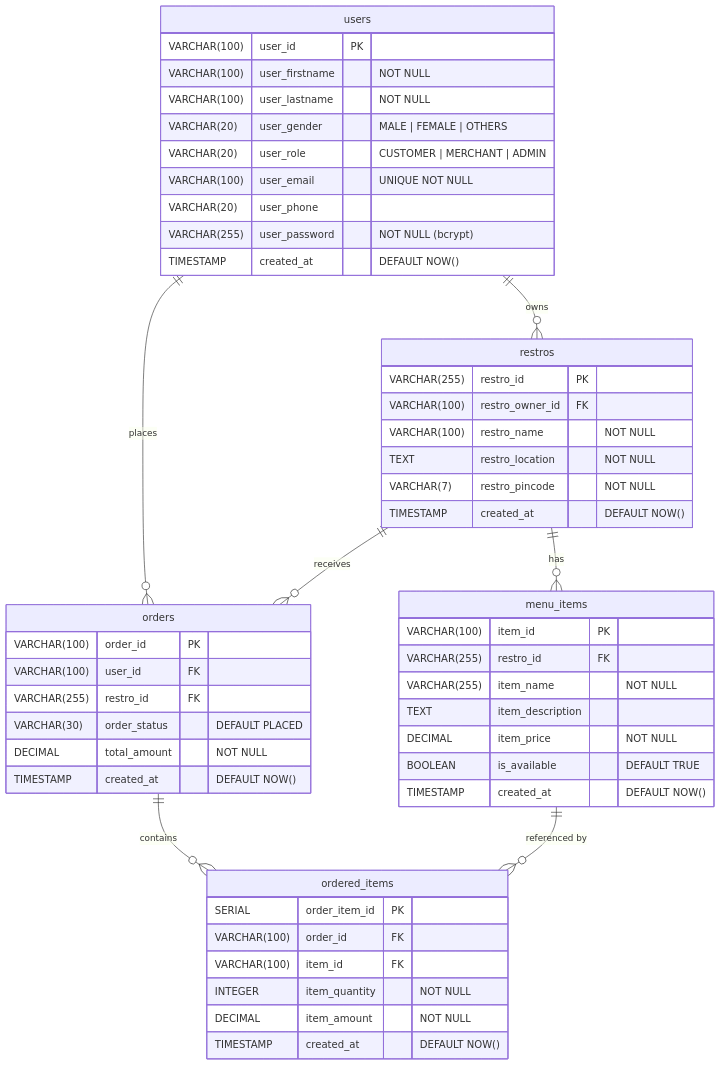
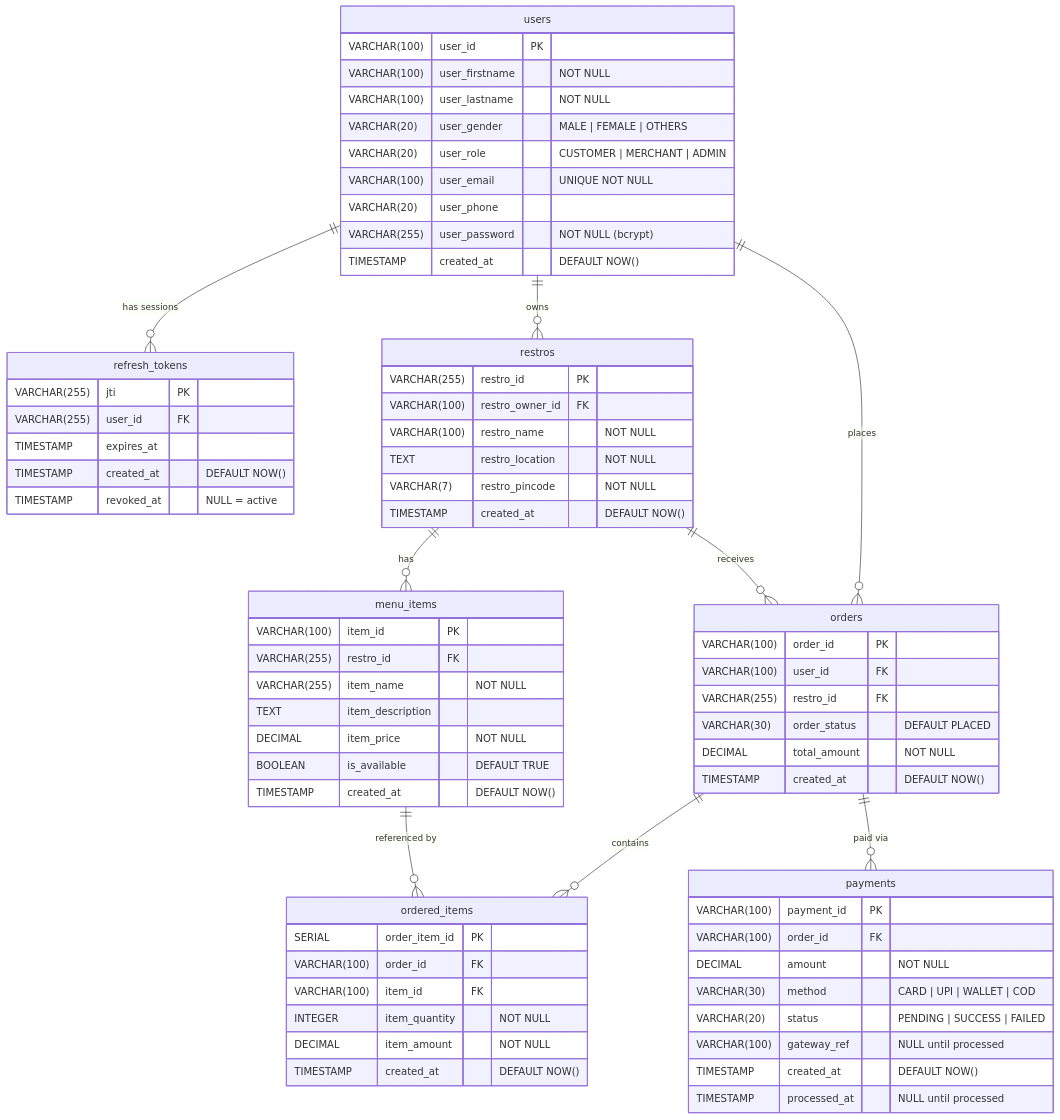
Before and after one commit to makhau-coder/Obsidian: the diagram in README.md, drawn with Mermaid. The commit also changed other lines of this file, not shown here.

Commit message:
Readme.md

````diff
--- a/README.md
+++ b/README.md
@@ -81,58 +81,79 @@
 ```mermaid
 erDiagram
     users {
         VARCHAR(100)  user_id          PK
         VARCHAR(100)  user_firstname   "NOT NULL"
         VARCHAR(100)  user_lastname    "NOT NULL"
         VARCHAR(20)   user_gender      "MALE | FEMALE | OTHERS"
         VARCHAR(20)   user_role        "CUSTOMER | MERCHANT | ADMIN"
         VARCHAR(100)  user_email       "UNIQUE NOT NULL"
         VARCHAR(20)   user_phone
         VARCHAR(255)  user_password    "NOT NULL (bcrypt)"
         TIMESTAMP     created_at       "DEFAULT NOW()"
+    }
+
+    refresh_tokens {
+        VARCHAR(255)  jti              PK
+        VARCHAR(255)  user_id          FK
+        TIMESTAMP     expires_at
+        TIMESTAMP     created_at       "DEFAULT NOW()"
+        TIMESTAMP     revoked_at       "NULL = active"
     }
 
     restros {
         VARCHAR(255)  restro_id        PK
         VARCHAR(100)  restro_owner_id  FK
         VARCHAR(100)  restro_name      "NOT NULL"
         TEXT          restro_location  "NOT NULL"
         VARCHAR(7)    restro_pincode   "NOT NULL"
         TIMESTAMP     created_at       "DEFAULT NOW()"
     }
 
     menu_items {
         VARCHAR(100)  item_id          PK
         VARCHAR(255)  restro_id        FK
         VARCHAR(255)  item_name        "NOT NULL"
         TEXT          item_description
         DECIMAL       item_price       "NOT NULL"
         BOOLEAN       is_available     "DEFAULT TRUE"
         TIMESTAMP     created_at       "DEFAULT NOW()"
     }
 
     orders {
         VARCHAR(100)  order_id         PK
         VARCHAR(100)  user_id          FK
         VARCHAR(255)  restro_id        FK
         VARCHAR(30)   order_status     "DEFAULT PLACED"
         DECIMAL       total_amount     "NOT NULL"
         TIMESTAMP     created_at       "DEFAULT NOW()"
     }
 
     ordered_items {
         SERIAL        order_item_id    PK
         VARCHAR(100)  order_id         FK
         VARCHAR(100)  item_id          FK
         INTEGER       item_quantity    "NOT NULL"
         DECIMAL       item_amount      "NOT NULL"
         TIMESTAMP     created_at       "DEFAULT NOW()"
     }
 
+    payments {
+        VARCHAR(100)  payment_id       PK
+        VARCHAR(100)  order_id         FK
+        DECIMAL       amount           "NOT NULL"
+        VARCHAR(30)   method           "CARD | UPI | WALLET | COD"
+        VARCHAR(20)   status           "PENDING | SUCCESS | FAILED"
+        VARCHAR(100)  gateway_ref      "NULL until processed"
+        TIMESTAMP     created_at       "DEFAULT NOW()"
+        TIMESTAMP     processed_at     "NULL until processed"
+    }
+
+    users         ||--o{ refresh_tokens : "has sessions"
     users         ||--o{ restros        : "owns"
     users         ||--o{ orders         : "places"
     restros       ||--o{ menu_items     : "has"
     restros       ||--o{ orders         : "receives"
     orders        ||--o{ ordered_items  : "contains"
+    orders        ||--o{ payments       : "paid via"
     menu_items    ||--o{ ordered_items  : "referenced by"
 ```
````
